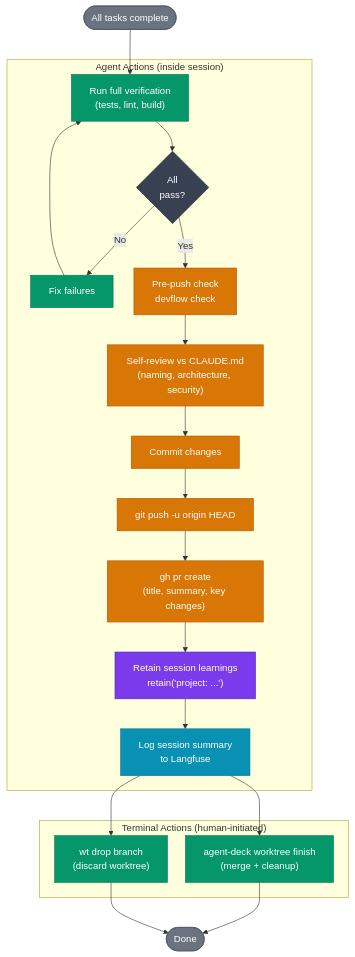
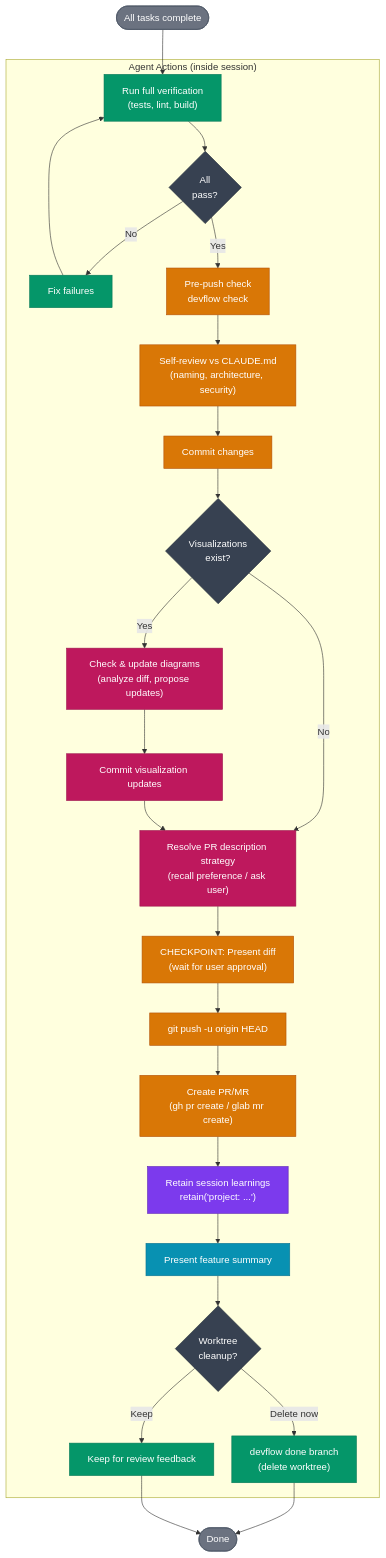
Before and after one commit to AndreJorgeLopes/devflow: the fifth of 5 diagrams in visualizations/workflows/development-workflow.md, drawn with Mermaid. The commit also changed other lines of this file and 3 other files, not shown here.

First line of the commit message:
docs: update visualizations for hooks architecture and viz check step

````diff
--- a/visualizations/workflows/development-workflow.md
+++ b/visualizations/workflows/development-workflow.md
@@ -229,57 +226,69 @@
 ```mermaid
 %%{init: {'flowchart': {'rankSpacing': 50, 'nodeSpacing': 30, 'diagramPadding': 15}}}%%
 graph TD
     F_START(["All tasks complete"])
 
     subgraph AgentActions [" Agent Actions (inside session) "]
         F_VERIFY["Run full verification<br/>(tests, lint, build)"]
         F_PASS{"All<br/>pass?"}
         F_FIX["Fix failures"]
         F_CN["Pre-push check<br/>devflow check"]
         F_SELF["Self-review vs CLAUDE.md<br/>(naming, architecture, security)"]
         F_COMMIT["Commit changes"]
+        F_VIZ{"Visualizations<br/>exist?"}
+        F_VIZ_UPDATE["Check & update diagrams<br/>(analyze diff, propose updates)"]
+        F_VIZ_COMMIT["Commit visualization updates"]
+        F_PRSTRAT["Resolve PR description strategy<br/>(recall preference / ask user)"]
+        F_CHECKPOINT["CHECKPOINT: Present diff<br/>(wait for user approval)"]
         F_PUSH["git push -u origin HEAD"]
-        F_GH["gh pr create<br/>(title, summary, key changes)"]
+        F_GH["Create PR/MR<br/>(gh pr create / glab mr create)"]
         F_RETAIN["Retain session learnings<br/>retain('project: ...')"]
-        F_SUMMARY["Log session summary<br/>to Langfuse"]
-    end
-
-    subgraph TerminalActions [" Terminal Actions (human-initiated) "]
-        F_FINISH["agent-deck worktree finish<br/>(merge + cleanup)"]
-        F_DROP["wt drop branch<br/>(discard worktree)"]
+        F_SUMMARY["Present feature summary"]
+        F_CLEANUP_Q{"Worktree<br/>cleanup?"}
+        F_DELETE["devflow done branch<br/>(delete worktree)"]
+        F_KEEP["Keep for review feedback"]
     end
 
     F_DONE(["Done"])
 
     F_START --> F_VERIFY
     F_VERIFY --> F_PASS
     F_PASS -->|"No"| F_FIX
     F_FIX --> F_VERIFY
     F_PASS -->|"Yes"| F_CN
     F_CN --> F_SELF
     F_SELF --> F_COMMIT
-    F_COMMIT --> F_PUSH
+    F_COMMIT --> F_VIZ
+    F_VIZ -->|"No"| F_PRSTRAT
+    F_VIZ -->|"Yes"| F_VIZ_UPDATE
+    F_VIZ_UPDATE --> F_VIZ_COMMIT
+    F_VIZ_COMMIT --> F_PRSTRAT
+    F_PRSTRAT --> F_CHECKPOINT
+    F_CHECKPOINT --> F_PUSH
     F_PUSH --> F_GH
     F_GH --> F_RETAIN
     F_RETAIN --> F_SUMMARY
-    F_SUMMARY --> F_FINISH
-    F_FINISH --> F_DONE
-    F_SUMMARY --> F_DROP
-    F_DROP --> F_DONE
+    F_SUMMARY --> F_CLEANUP_Q
+    F_CLEANUP_Q -->|"Delete now"| F_DELETE
+    F_CLEANUP_Q -->|"Keep"| F_KEEP
+    F_DELETE --> F_DONE
+    F_KEEP --> F_DONE
 
     classDef verifyStyle fill:#059669,color:#fff,stroke:#047857
     classDef reviewStyle fill:#d97706,color:#fff,stroke:#b45309
     classDef hindsightStyle fill:#7c3aed,color:#fff,stroke:#5b21b6
     classDef langfuseStyle fill:#0891b2,color:#fff,stroke:#0e7490
     classDef worktrunkStyle fill:#059669,color:#fff,stroke:#047857
     classDef decisionStyle fill:#374151,color:#fff,stroke:#1f2937
     classDef terminalStyle fill:#6b7280,color:#fff,stroke:#4b5563
+    classDef skillsStyle fill:#be185d,color:#fff,stroke:#9d174d
 
     class F_VERIFY,F_PASS,F_FIX verifyStyle
-    class F_CN,F_SELF,F_PUSH,F_GH,F_COMMIT reviewStyle
+    class F_CN,F_SELF,F_PUSH,F_GH,F_COMMIT,F_CHECKPOINT reviewStyle
     class F_RETAIN hindsightStyle
     class F_SUMMARY langfuseStyle
-    class F_FINISH,F_DROP worktrunkStyle
-    class F_PASS decisionStyle
+    class F_DELETE,F_KEEP worktrunkStyle
+    class F_PASS,F_VIZ,F_CLEANUP_Q decisionStyle
     class F_START,F_DONE terminalStyle
+    class F_VIZ_UPDATE,F_VIZ_COMMIT,F_PRSTRAT skillsStyle
 ```
````
